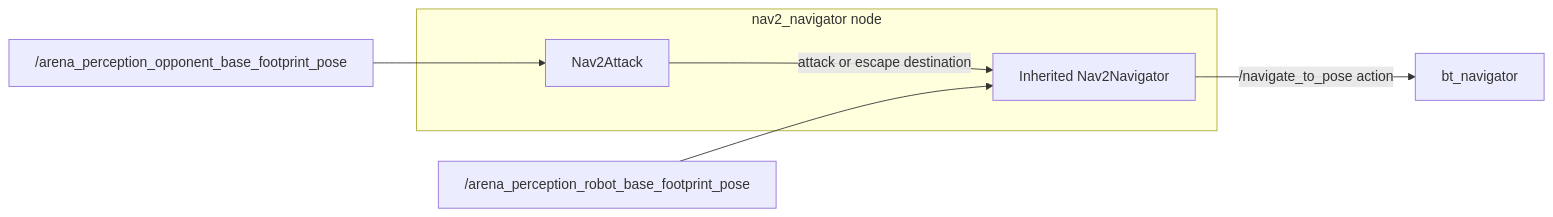
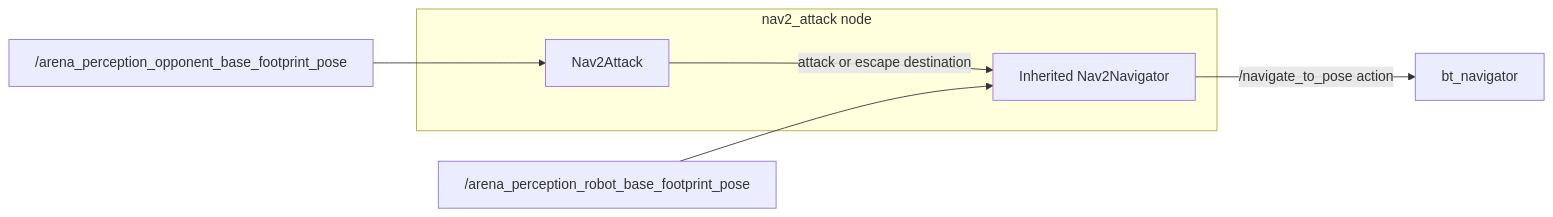
Before and after one commit to eubotx/robofetz_as: the third of 3 diagrams in docs/packages/combat_strategizer.md, drawn with Mermaid. The commit also changed other lines of this file and 22 other files, not shown here.

````diff
--- a/docs/packages/combat_strategizer.md
+++ b/docs/packages/combat_strategizer.md
@@ -95,11 +95,11 @@
 ```mermaid
 flowchart LR
-  subgraph Combined["nav2_navigator node"]
+  subgraph Combined["nav2_attack node"]
     Strategy["Nav2Attack"]
     Wrapper["Inherited Nav2Navigator"]
     Strategy -->|"attack or escape destination"| Wrapper
   end
   Robot["/arena_perception_robot_base_footprint_pose"] --> Wrapper
   Opponent["/arena_perception_opponent_base_footprint_pose"] --> Strategy
   Wrapper -->|"/navigate_to_pose action"| Nav2["bt_navigator"]
 ```
````
